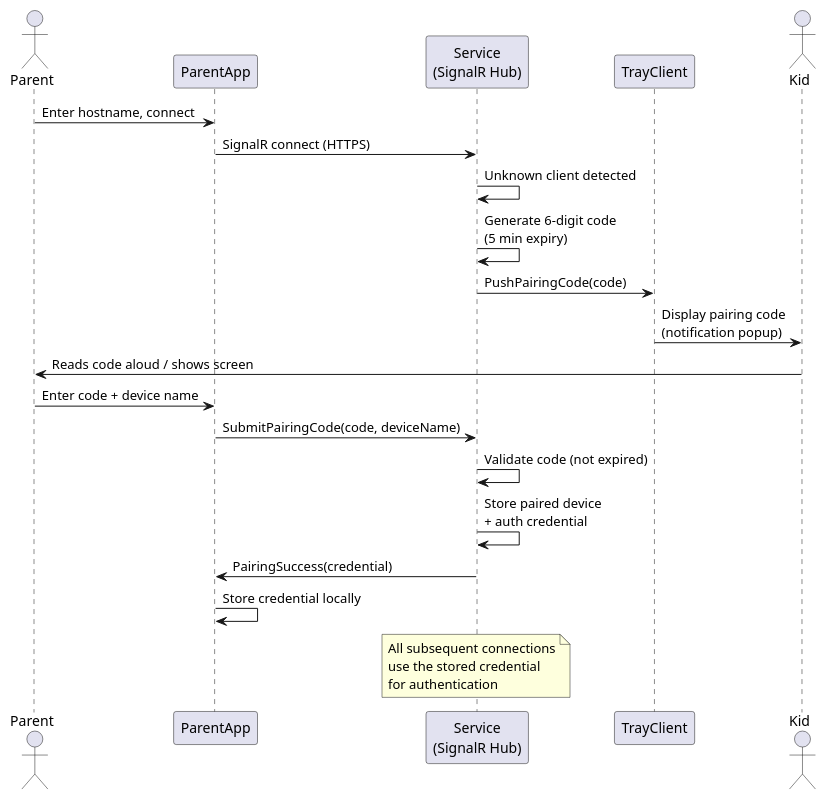
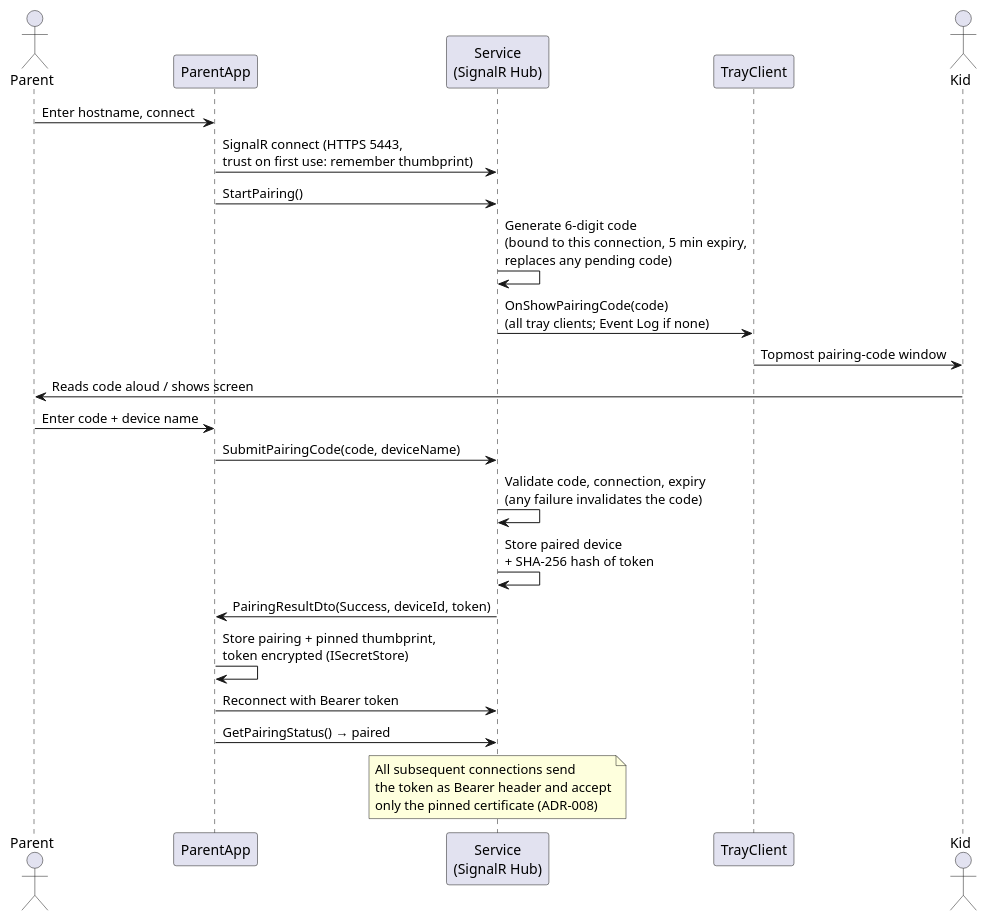
The eighth of 14 diagrams in 02_Implementation/docs/architecture/arc42/system-architecture.md (adlemich/EagleEye), drawn with PlantUML before and after one commit. The commit also changed other lines of this file and 4 other files, not shown here.

Commit message:
US-002: ARC post-approval architecture doc updates (arc42, ADR-007, guidelines)

````diff
--- a/02_Implementation/docs/architecture/arc42/system-architecture.md
+++ b/02_Implementation/docs/architecture/arc42/system-architecture.md
@@ -410,29 +443,31 @@
 ```plantuml
 @startuml Pairing Sequence
 actor Parent
 participant "ParentApp" as APP
 participant "Service\n(SignalR Hub)" as SVC
 participant "TrayClient" as TRAY
 actor Kid
 
 Parent -> APP : Enter hostname, connect
-APP -> SVC : SignalR connect (HTTPS)
-SVC -> SVC : Unknown client detected
-SVC -> SVC : Generate 6-digit code\n(5 min expiry)
-SVC -> TRAY : PushPairingCode(code)
-TRAY -> Kid : Display pairing code\n(notification popup)
+APP -> SVC : SignalR connect (HTTPS 5443,\ntrust on first use: remember thumbprint)
+APP -> SVC : StartPairing()
+SVC -> SVC : Generate 6-digit code\n(bound to this connection, 5 min expiry,\nreplaces any pending code)
+SVC -> TRAY : OnShowPairingCode(code)\n(all tray clients; Event Log if none)
+TRAY -> Kid : Topmost pairing-code window
 Kid -> Parent : Reads code aloud / shows screen
 Parent -> APP : Enter code + device name
 APP -> SVC : SubmitPairingCode(code, deviceName)
-SVC -> SVC : Validate code (not expired)
-SVC -> SVC : Store paired device\n+ auth credential
-SVC -> APP : PairingSuccess(credential)
-APP -> APP : Store credential locally
+SVC -> SVC : Validate code, connection, expiry\n(any failure invalidates the code)
+SVC -> SVC : Store paired device\n+ SHA-256 hash of token
+SVC -> APP : PairingResultDto(Success, deviceId, token)
+APP -> APP : Store pairing + pinned thumbprint,\ntoken encrypted (ISecretStore)
+APP -> SVC : Reconnect with Bearer token
+APP -> SVC : GetPairingStatus() → paired
 
 note over SVC
-  All subsequent connections
-  use the stored credential
-  for authentication
+  All subsequent connections send
+  the token as Bearer header and accept
+  only the pinned certificate (ADR-008)
 end note
 @enduml
 ```
````
